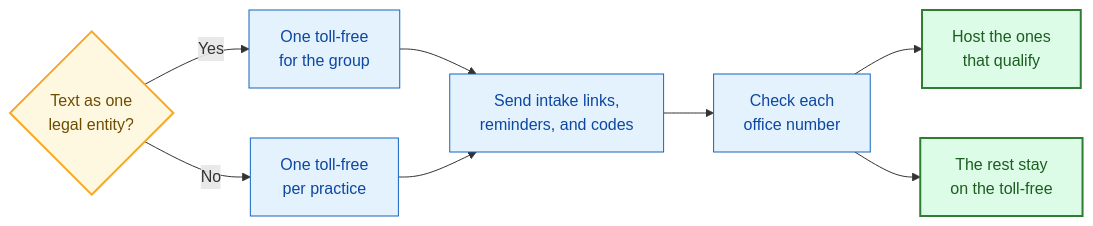
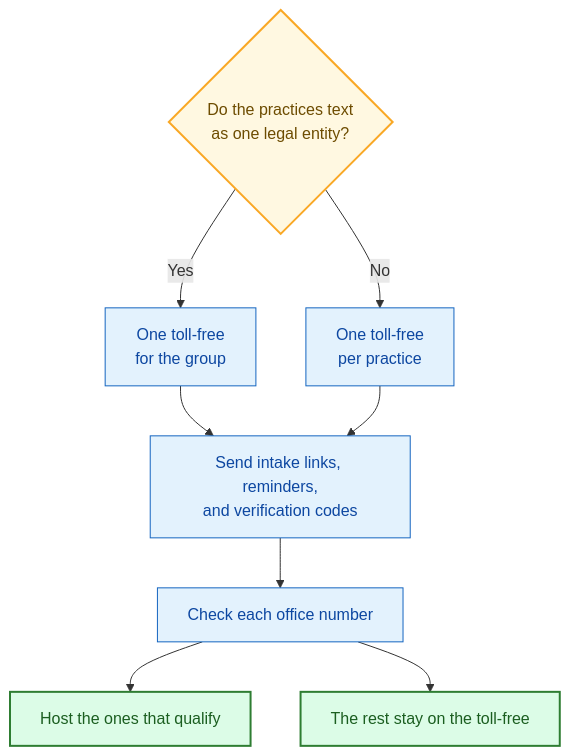
One commit to daava-hq/shared-docs changed the first of 6 diagrams in docs/office-number-texting-report.md. Above: the diagram before and after it, drawn with Mermaid. The commit also changed other lines of this file, not shown here.

First line of the commit message:
Fit the texting diagrams to the page

````diff
--- a/docs/office-number-texting-report.md
+++ b/docs/office-number-texting-report.md
@@ -27,19 +27,19 @@
 ```mermaid
-flowchart LR
-  Q{"Text as one<br/>legal entity?"}
+flowchart TD
+  Q{"Do the practices text<br/>as one legal entity?"}
   Q -->|Yes| ONE["One toll-free<br/>for the group"]
   Q -->|No| MANY["One toll-free<br/>per practice"]
-  ONE --> SEND["Send intake links,<br/>reminders, and codes"]
+  ONE --> SEND["Send intake links, reminders,<br/>and verification codes"]
   MANY --> SEND
-  SEND --> CHECK["Check each<br/>office number"]
-  CHECK --> HOST["Host the ones<br/>that qualify"]
-  CHECK --> STAY["The rest stay<br/>on the toll-free"]
+  SEND --> CHECK["Check each office number"]
+  CHECK --> HOST["Host the ones that qualify"]
+  CHECK --> STAY["The rest stay on the toll-free"]
 
   classDef decisionNode fill:#fff8e1,stroke:#f9a825,stroke-width:2px,color:#6d4c00
   classDef actionNode fill:#e3f2fd,stroke:#1565c0,color:#0d47a1
   classDef cleanNode fill:#dcfce7,stroke:#2e7d32,stroke-width:2px,color:#1b5e20
 
   class Q decisionNode
   class ONE,MANY,SEND,CHECK actionNode
   class HOST,STAY cleanNode
 ```
````
